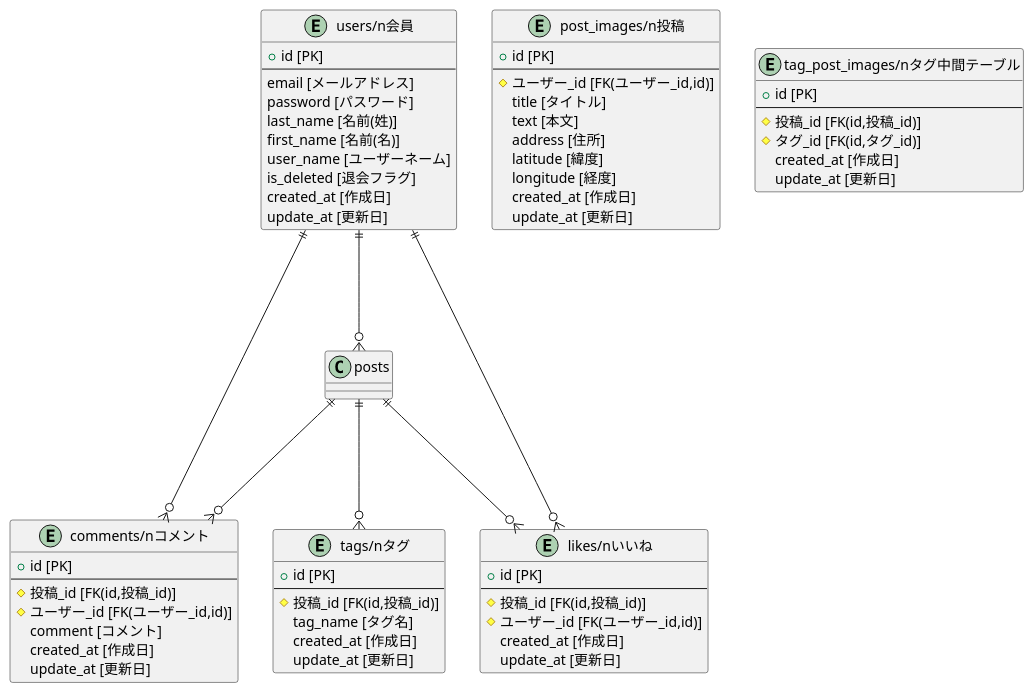
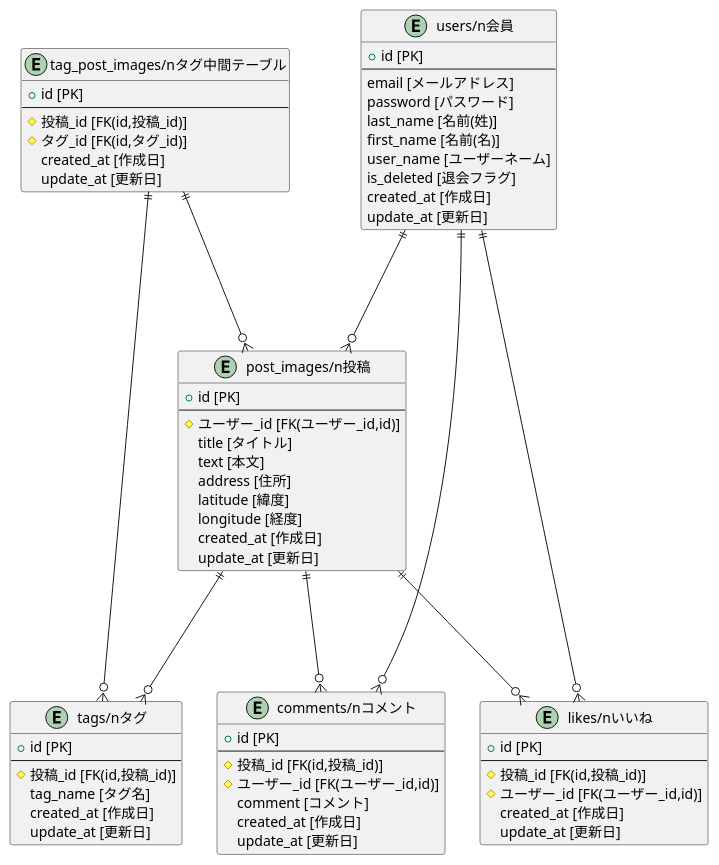
Before and after one commit to herojejung/Ours: the diagram in README.md, drawn with PlantUML.

Commit message:
[update]ER図編集

````diff
--- a/README.md
+++ b/README.md
@@ -46,67 +46,69 @@
 ```puml
 @startuml
 entity users as "users/n会員" {
   + id [PK]
   --
 email [メールアドレス]
 password [パスワード]
 last_name [名前(姓)]
 first_name [名前(名)]
 user_name [ユーザーネーム]
 is_deleted [退会フラグ]
 created_at [作成日]
 update_at [更新日]
 }
 entity post_images as "post_images/n投稿" {
   + id [PK]
   --
 # ユーザー_id [FK(ユーザー_id,id)]
 title [タイトル]
 text [本文]
 address [住所]
 latitude [緯度]
 longitude [経度]
 created_at [作成日]
 update_at [更新日]
 }
 entity tags as "tags/nタグ" {
   + id [PK]
   --
 # 投稿_id [FK(id,投稿_id)]
 tag_name [タグ名]
 created_at [作成日]
 update_at [更新日]
 }
 entity tag_post_images as "tag_post_images/nタグ中間テーブル" {
   + id [PK]
   --
 # 投稿_id [FK(id,投稿_id)]
 # タグ_id [FK(id,タグ_id)]
 created_at [作成日]
 update_at [更新日]
 }
 entity comments as "comments/nコメント" {
   + id [PK]
   --
 # 投稿_id [FK(id,投稿_id)]
 # ユーザー_id [FK(ユーザー_id,id)]
 comment [コメント]
 created_at [作成日]
 update_at [更新日]
 }
 entity favorites as "likes/nいいね" {
   + id [PK]
   --
 # 投稿_id [FK(id,投稿_id)]
 # ユーザー_id [FK(ユーザー_id,id)]
 created_at [作成日]
 update_at [更新日]
 }
-users ||-d--o{ posts
-posts ||-d--o{tags
+users ||-d--o{ post_images
+post_images ||-d--o{ tags
+tag_post_images ||-d--o{ post_images
+tag_post_images ||-d--o{ tags
 users ||-d--o{ comments
 users ||-d--o{ favorites
-posts ||-d--o{ comments
-posts ||-d--o{ favorites
+post_images ||-d--o{ comments
+post_images ||-d--o{ favorites
 @enduml
 ```
````
